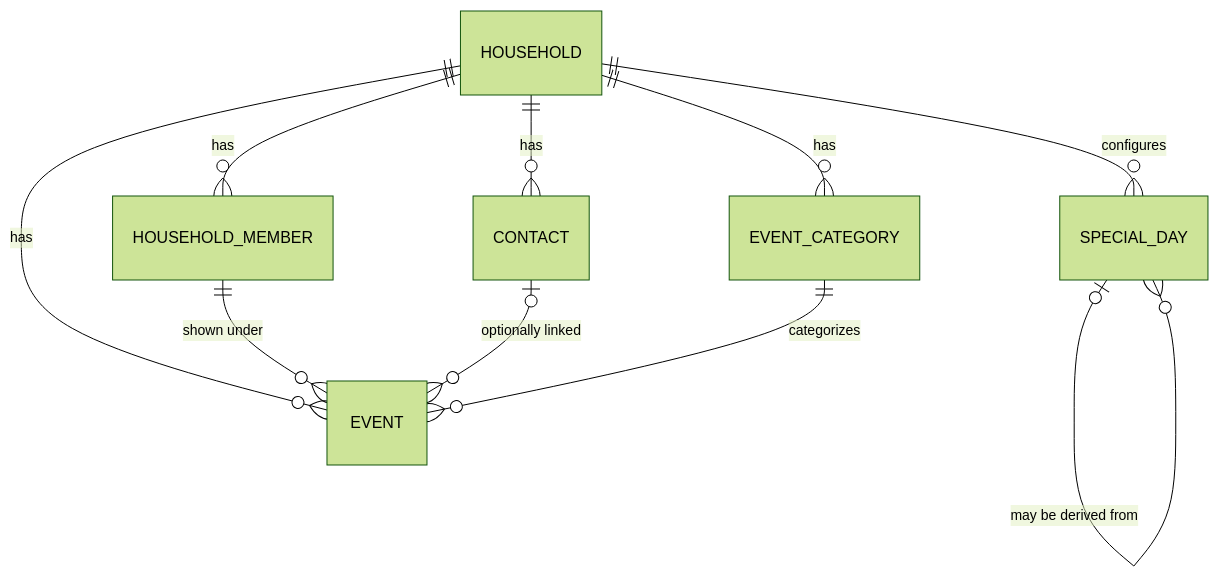
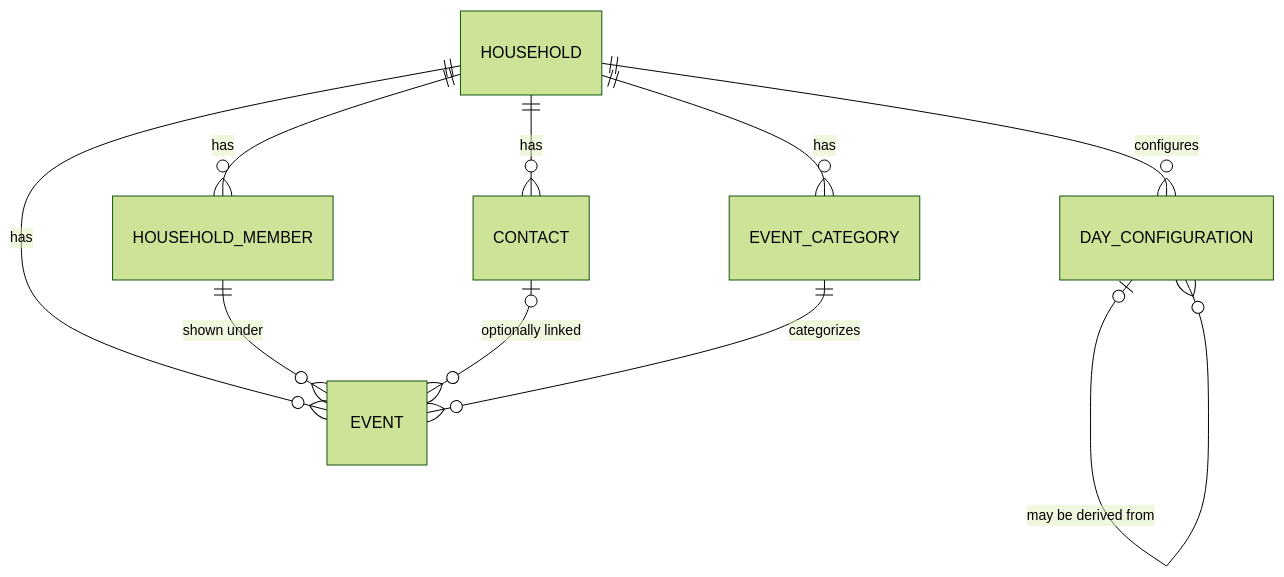
The diagram in docs/DATA_MODEL.md (ivoarnet/family-butler-v2), drawn with Mermaid (forest theme) before and after one commit. The commit also changed other lines of this file and 1 other file, not shown here.

Commit message:
Rename SpecialDay to DayConfiguration

````diff
--- a/docs/DATA_MODEL.md
+++ b/docs/DATA_MODEL.md
@@ -15,12 +15,12 @@
 ```mermaid
 erDiagram
     HOUSEHOLD ||--o{ HOUSEHOLD_MEMBER : has
     HOUSEHOLD ||--o{ CONTACT : has
     HOUSEHOLD ||--o{ EVENT_CATEGORY : has
     HOUSEHOLD ||--o{ EVENT : has
-    HOUSEHOLD ||--o{ SPECIAL_DAY : configures
+    HOUSEHOLD ||--o{ DAY_CONFIGURATION : configures
     HOUSEHOLD_MEMBER ||--o{ EVENT : "shown under"
     CONTACT o|--o{ EVENT : "optionally linked"
     EVENT_CATEGORY ||--o{ EVENT : categorizes
-    SPECIAL_DAY o|--o{ SPECIAL_DAY : "may be derived from"
+    DAY_CONFIGURATION o|--o{ DAY_CONFIGURATION : "may be derived from"
 ```
````
